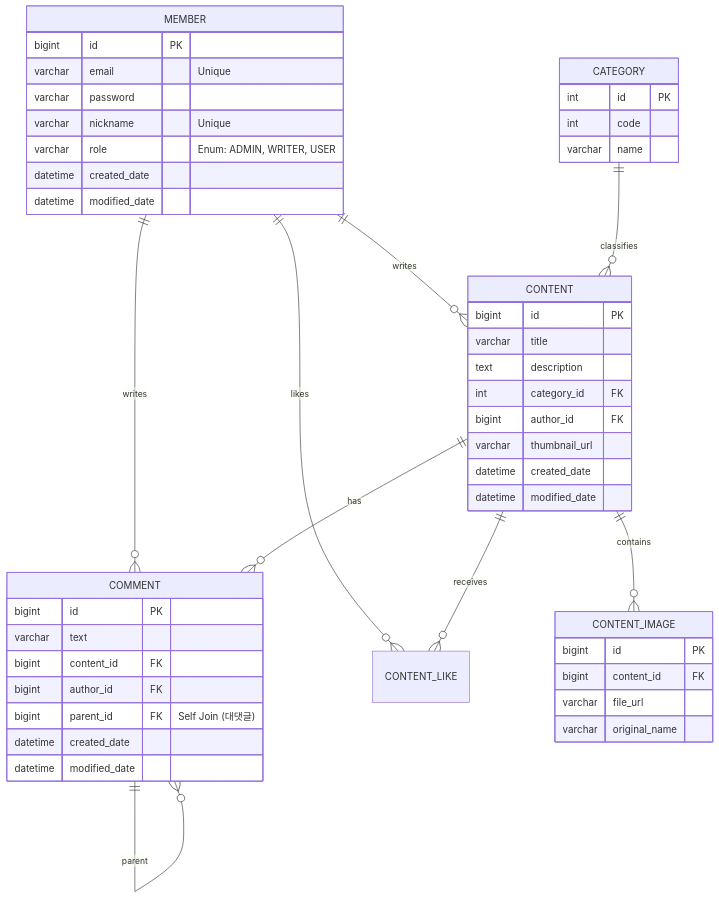
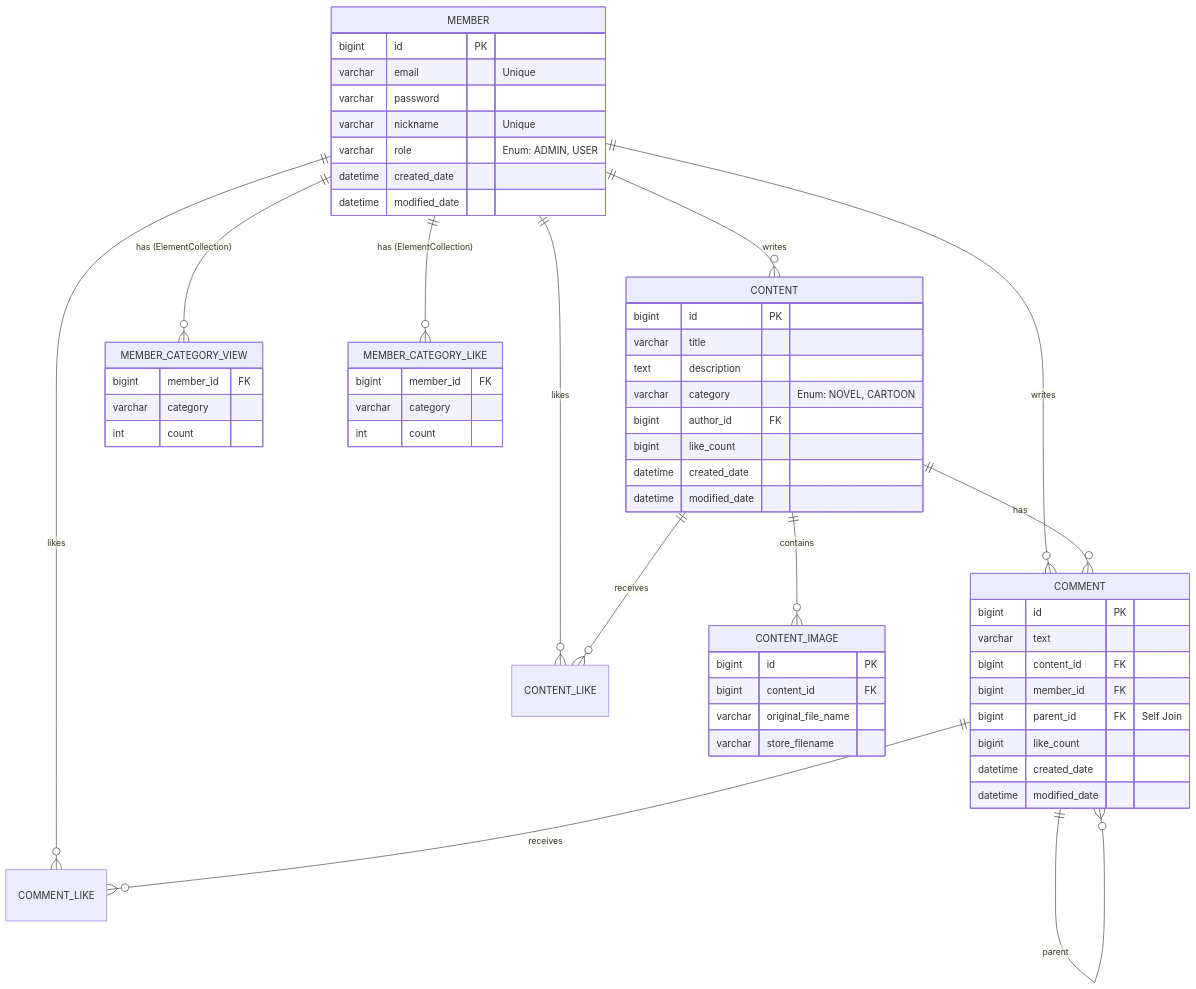
Before and after one commit to gototheTK/platform: the first of 2 diagrams in README.md, drawn with Mermaid. The commit also changed other lines of this file, not shown here.

Commit message:
fix : README 갱신

````diff
--- a/README.md
+++ b/README.md
@@ -29,55 +29,65 @@
 ```mermaid
 erDiagram
     MEMBER ||--o{ CONTENT : writes
     MEMBER ||--o{ COMMENT : writes
     MEMBER ||--o{ CONTENT_LIKE : likes
-    CATEGORY ||--o{ CONTENT : classifies
+    MEMBER ||--o{ COMMENT_LIKE : likes
+    MEMBER ||--o{ MEMBER_CATEGORY_VIEW : "has (ElementCollection)"
+    MEMBER ||--o{ MEMBER_CATEGORY_LIKE : "has (ElementCollection)"
     CONTENT ||--o{ COMMENT : has
     CONTENT ||--o{ CONTENT_IMAGE : contains
     CONTENT ||--o{ CONTENT_LIKE : receives
     COMMENT ||--o{ COMMENT : parent
+    COMMENT ||--o{ COMMENT_LIKE : receives
 
     MEMBER {
         bigint id PK
         varchar email "Unique"
         varchar password
         varchar nickname "Unique"
-        varchar role "Enum: ADMIN, WRITER, USER"
+        varchar role "Enum: ADMIN, USER"
         datetime created_date
         datetime modified_date
+    }
+
+    MEMBER_CATEGORY_VIEW {
+        bigint member_id FK
+        varchar category
+        int count
+    }
+
+    MEMBER_CATEGORY_LIKE {
+        bigint member_id FK
+        varchar category
+        int count
     }
 
     CONTENT {
         bigint id PK
         varchar title
         text description
-        int category_id FK
+        varchar category "Enum: NOVEL, CARTOON"
         bigint author_id FK
-        varchar thumbnail_url
+        bigint like_count
         datetime created_date
         datetime modified_date
-    }
-
-    CATEGORY {
-        int id PK
-        int code
-        varchar name
     }
 
     COMMENT {
         bigint id PK
         varchar text
         bigint content_id FK
-        bigint author_id FK
-        bigint parent_id FK "Self Join (대댓글)"
+        bigint member_id FK
+        bigint parent_id FK "Self Join"
+        bigint like_count
         datetime created_date
         datetime modified_date
     }
 
     CONTENT_IMAGE {
         bigint id PK
         bigint content_id FK
-        varchar file_url
-        varchar original_name
+        varchar original_file_name
+        varchar store_filename
     }
 ```
````
